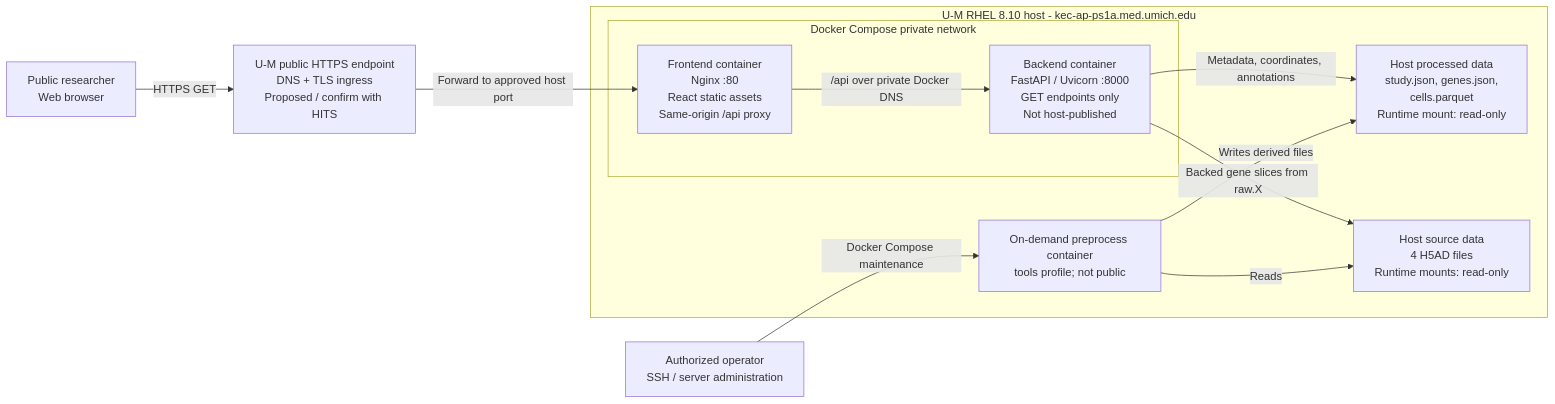
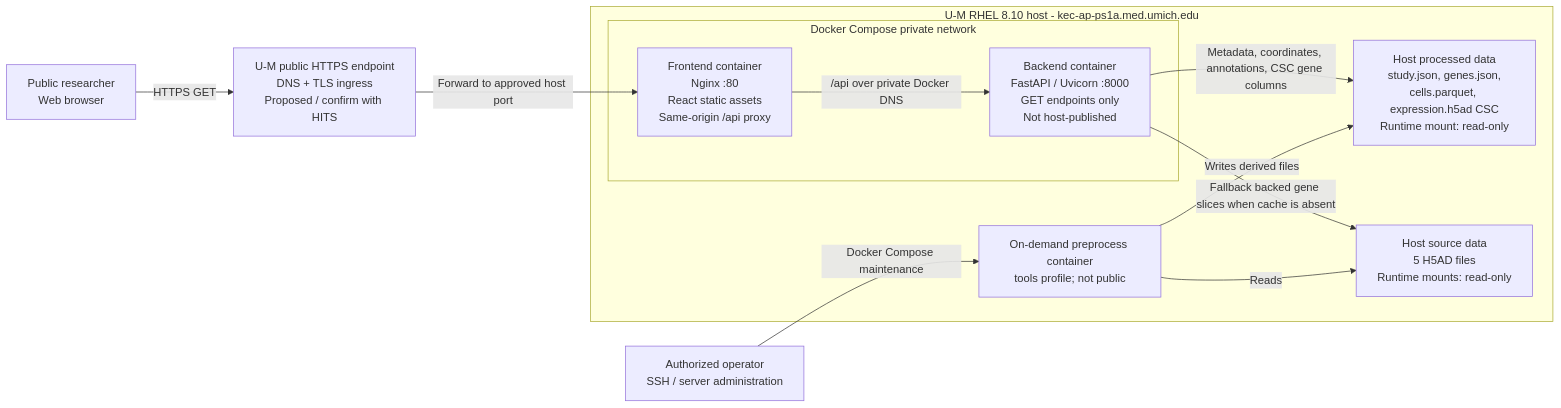
The first of 2 diagrams in docs/architecture-data-flow.md (lujiang327/zebrafish-singlecell-portal), drawn with Mermaid before and after one commit. The commit also changed other lines of this file and 14 other files, not shown here.

````diff
--- a/docs/architecture-data-flow.md
+++ b/docs/architecture-data-flow.md
@@ -14,28 +14,28 @@
 ```mermaid
 flowchart LR
     U[Public researcher<br/>Web browser]
     E[U-M public HTTPS endpoint<br/>DNS + TLS ingress<br/>Proposed / confirm with HITS]
 
     subgraph H[U-M RHEL 8.10 host - kec-ap-ps1a.med.umich.edu]
         subgraph D[Docker Compose private network]
             N[Frontend container<br/>Nginx :80<br/>React static assets<br/>Same-origin /api proxy]
             A[Backend container<br/>FastAPI / Uvicorn :8000<br/>GET endpoints only<br/>Not host-published]
             N -->|/api over private Docker DNS| A
         end
 
-        P[Host processed data<br/>study.json, genes.json,<br/>cells.parquet<br/>Runtime mount: read-only]
-        R[Host source data<br/>4 H5AD files<br/>Runtime mounts: read-only]
+        P[Host processed data<br/>study.json, genes.json,<br/>cells.parquet, expression.h5ad CSC<br/>Runtime mount: read-only]
+        R[Host source data<br/>5 H5AD files<br/>Runtime mounts: read-only]
         T[On-demand preprocess container<br/>tools profile; not public]
 
-        A -->|Metadata, coordinates, annotations| P
-        A -->|Backed gene slices from raw.X| R
+        A -->|Metadata, coordinates, annotations, CSC gene columns| P
+        A -->|Fallback backed gene slices when cache is absent| R
         T -->|Writes derived files| P
         T -->|Reads| R
     end
 
     O[Authorized operator<br/>SSH / server administration]
 
     U -->|HTTPS GET| E
     E -->|Forward to approved host port| N
     O -->|Docker Compose maintenance| T
 ```
````
